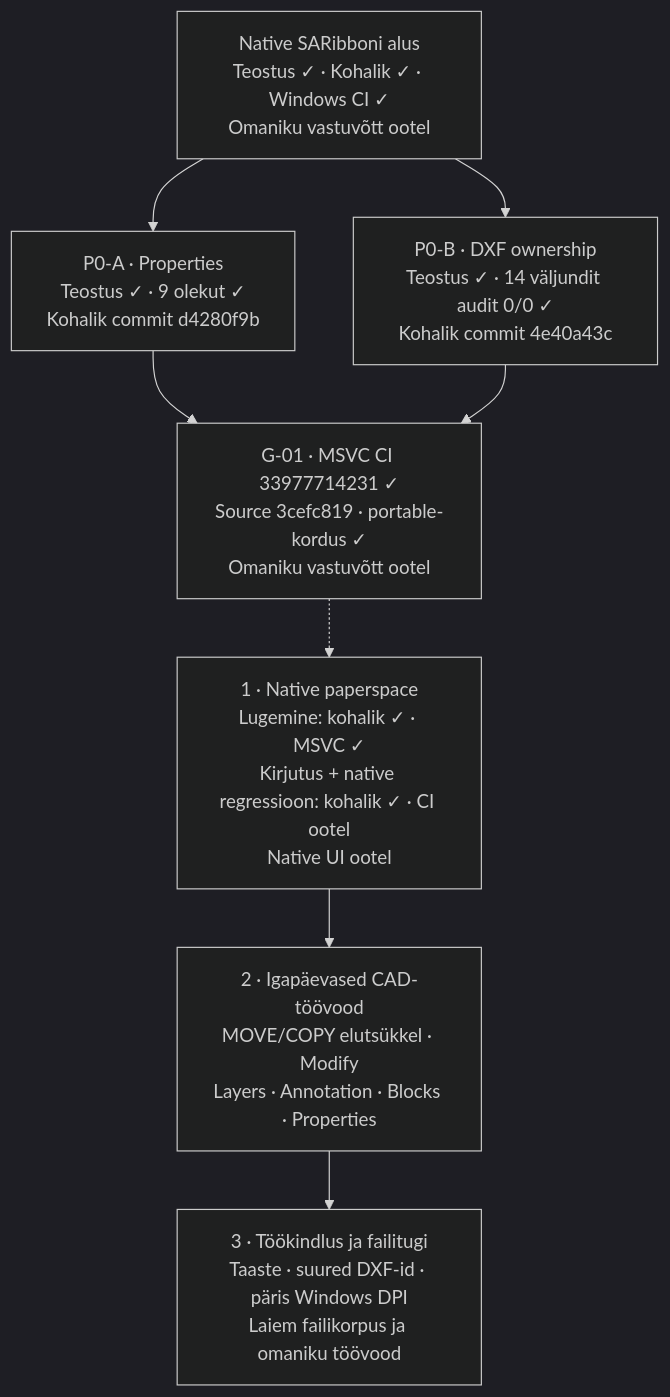
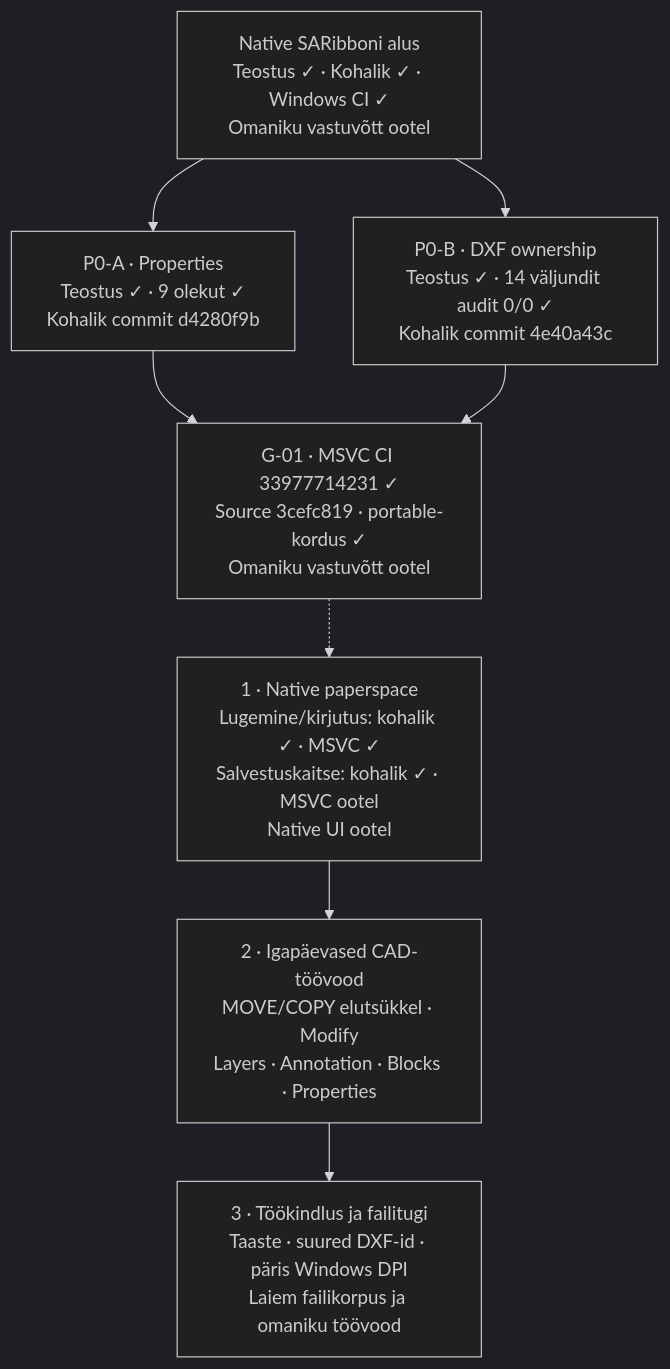
One commit to T3stin-svg/kuubik-draw-native changed the first of 2 diagrams in docs/ROADMAP.md. Above: the diagram before and after it, drawn with Mermaid (dark theme). The commit also changed other lines of this file and 26 other files, not shown here.

Commit message:
fix(dxf): block native saves that would discard paperspace

````diff
--- a/docs/ROADMAP.md
+++ b/docs/ROADMAP.md
@@ -23,16 +36,16 @@
 ```mermaid
 flowchart TD
     UI["Native SARibboni alus<br/>Teostus ✓ · Kohalik ✓ · Windows CI ✓<br/>Omaniku vastuvõtt ootel"]
     A["P0-A · Properties<br/>Teostus ✓ · 9 olekut ✓<br/>Kohalik commit d4280f9b"]
     B["P0-B · DXF ownership<br/>Teostus ✓ · 14 väljundit audit 0/0 ✓<br/>Kohalik commit 4e40a43c"]
     G["G-01 · MSVC CI 33977714231 ✓<br/>Source 3cefc819 · portable-kordus ✓<br/>Omaniku vastuvõtt ootel"]
-    P["1 · Native paperspace<br/>Lugemine: kohalik ✓ · MSVC ✓<br/>Kirjutus + native regressioon: kohalik ✓ · CI ootel<br/>Native UI ootel"]
+    P["1 · Native paperspace<br/>Lugemine/kirjutus: kohalik ✓ · MSVC ✓<br/>Salvestuskaitse: kohalik ✓ · MSVC ootel<br/>Native UI ootel"]
     C["2 · Igapäevased CAD-töövood<br/>MOVE/COPY elutsükkel · Modify<br/>Layers · Annotation · Blocks · Properties"]
     R["3 · Töökindlus ja failitugi<br/>Taaste · suured DXF-id · päris Windows DPI<br/>Laiem failikorpus ja omaniku töövood"]
     UI --> A
     UI --> B
     A --> G
     B --> G
     G -.-> P
     P --> C --> R
 ```
````
